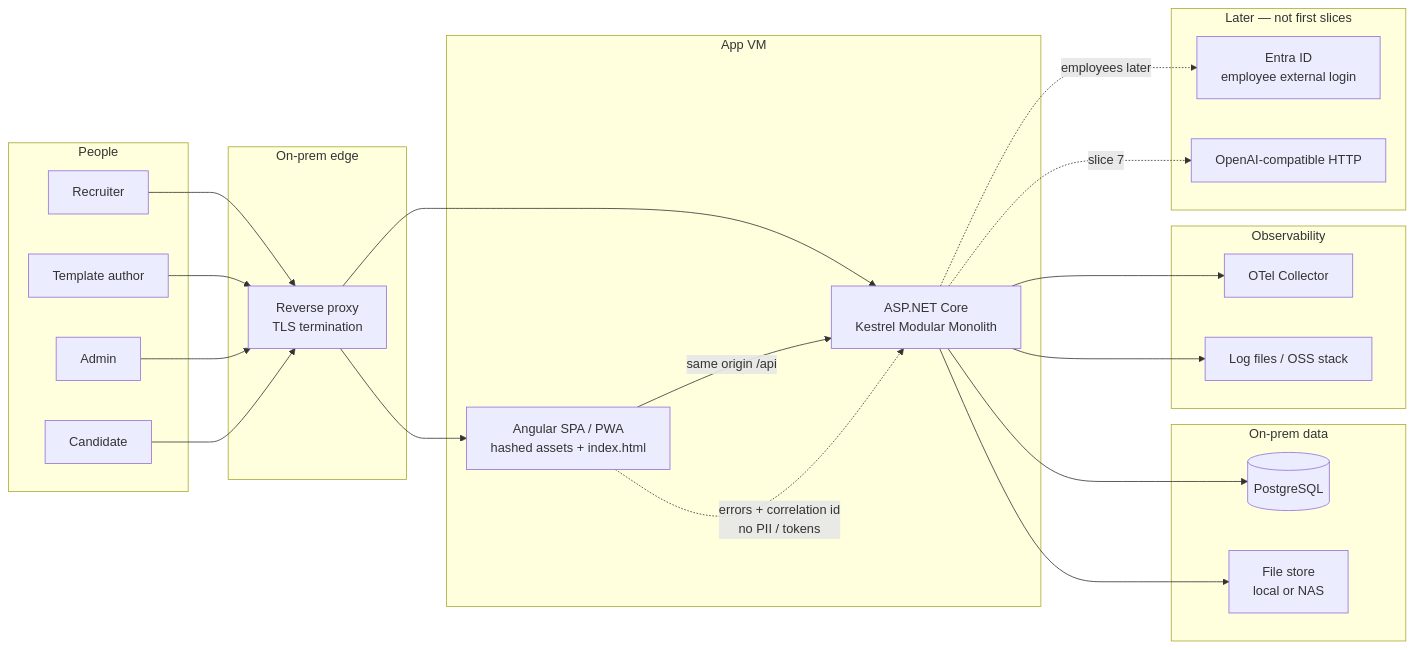
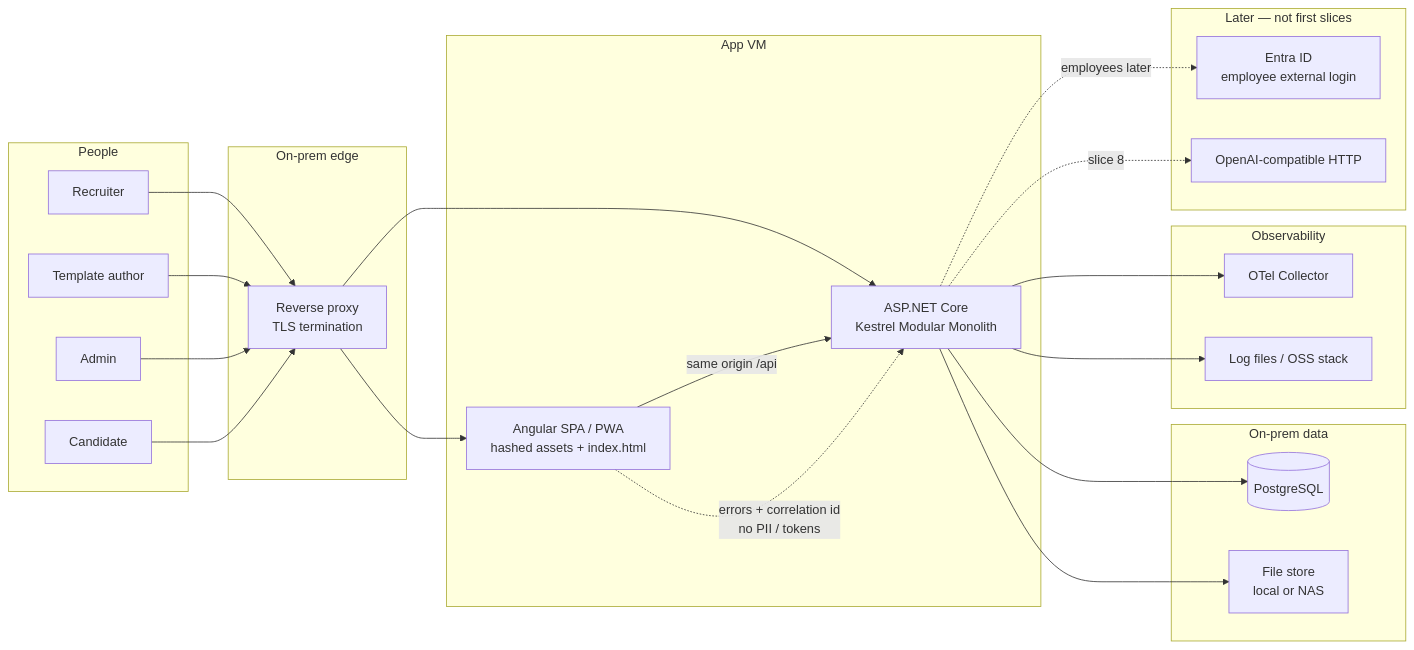
The first of 2 diagrams in docs/architecture.md (bhuvaneshsaha/Interview-Quiz-Platform), drawn with Mermaid before and after one commit. The commit also changed other lines of this file and 5 other files, not shown here.

````diff
--- a/docs/architecture.md
+++ b/docs/architecture.md
@@ -54,48 +56,48 @@
 ```mermaid
 flowchart LR
   subgraph people [People]
     Recruiter
     Author[Template author]
     Admin
     Candidate
   end
 
   subgraph edge [On-prem edge]
     RP[Reverse proxy<br/>TLS termination]
   end
 
   subgraph host [App VM]
     SPA[Angular SPA / PWA<br/>hashed assets + index.html]
     API[ASP.NET Core<br/>Kestrel Modular Monolith]
   end
 
   subgraph data [On-prem data]
     PG[(PostgreSQL)]
     Files[File store<br/>local or NAS]
   end
 
   subgraph obs [Observability]
     OTel[OTel Collector]
     Logs[Log files / OSS stack]
   end
 
   subgraph later [Later — not first slices]
     Entra[Entra ID<br/>employee external login]
     LLM[OpenAI-compatible HTTP]
   end
 
   Recruiter --> RP
   Author --> RP
   Admin --> RP
   Candidate --> RP
   RP --> SPA
   RP --> API
   SPA -->|same origin /api| API
   API --> PG
   API --> Files
   API --> OTel
   API --> Logs
   SPA -.->|errors + correlation id<br/>no PII / tokens| API
-  API -.->|slice 7| LLM
+  API -.->|slice 8| LLM
   API -.->|employees later| Entra
 ```
````
